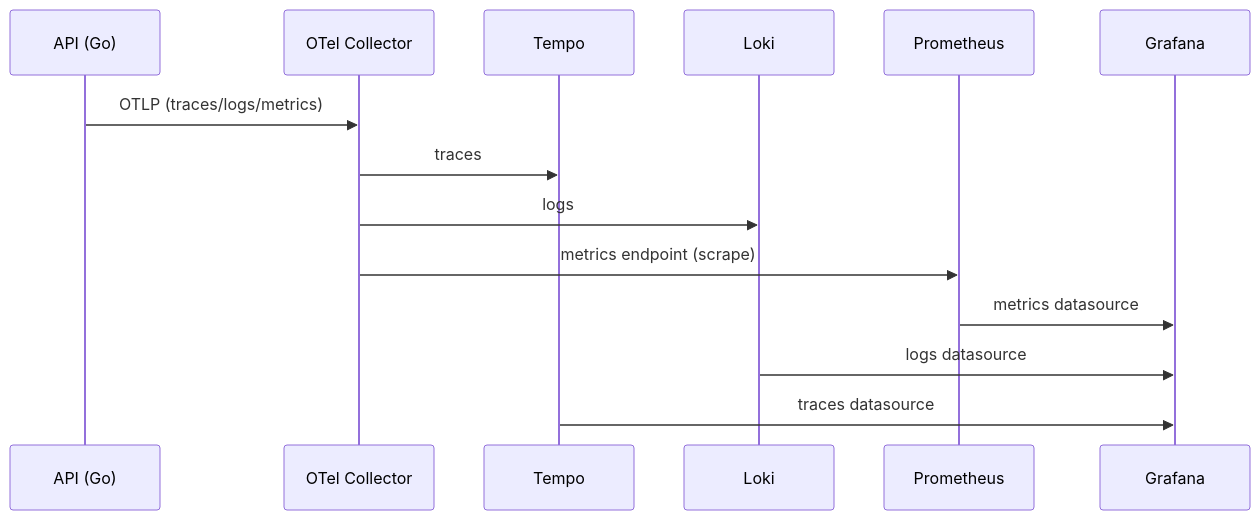
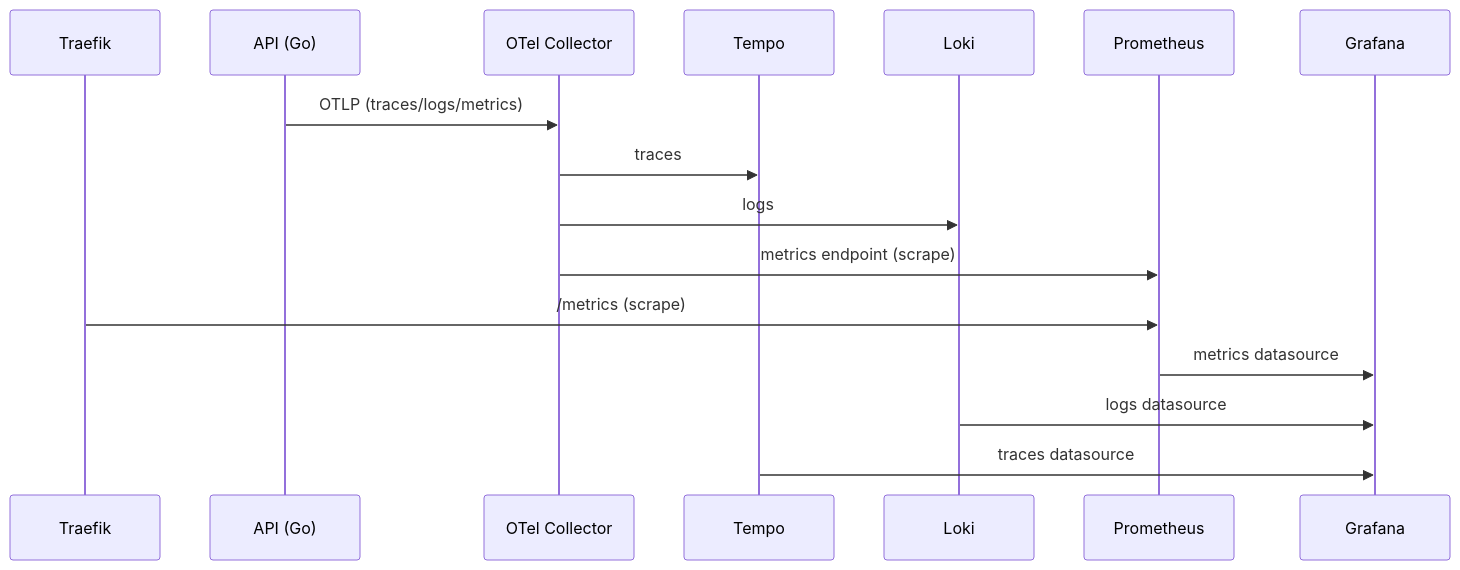
Before and after one commit to PabloPavan/sniply_api: the second of 2 diagrams in README.dev.md, drawn with Mermaid. The commit also changed other lines of this file and 2 other files, not shown here.

````diff
--- a/README.dev.md
+++ b/README.dev.md
@@ -367,17 +450,19 @@
 ```mermaid
 sequenceDiagram
+  participant TRA as Traefik
   participant API as API (Go)
   participant COL as OTel Collector
   participant TMP as Tempo
   participant LOK as Loki
   participant PRO as Prometheus
   participant GRA as Grafana
 
   API->>COL: OTLP (traces/logs/metrics)
   COL->>TMP: traces
   COL->>LOK: logs
   COL->>PRO: metrics endpoint (scrape)
+  TRA->>PRO: /metrics (scrape)
   PRO->>GRA: metrics datasource
   LOK->>GRA: logs datasource
   TMP->>GRA: traces datasource
 ```
````
